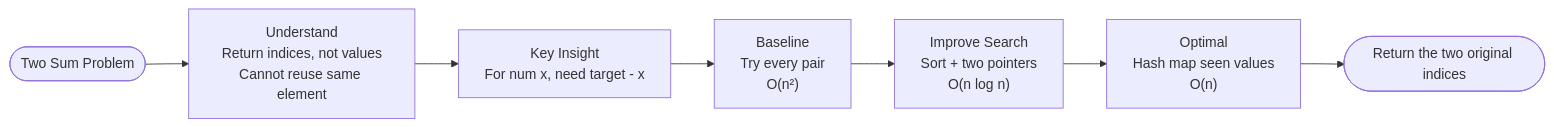
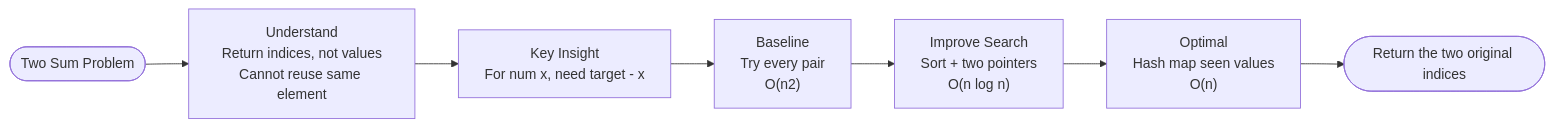
One commit to M-F-Tushar/LeetCode-Problem-Solving changed the second of 12 diagrams in 01 - Two Sum/README.md. Above: the diagram before and after it, drawn with Mermaid. The commit also changed other lines of this file and 6 other files, not shown here.

Commit message:
fix diagram rendering

````diff
--- a/01 - Two Sum/README.md
+++ b/01 - Two Sum/README.md
@@ -63,9 +63,9 @@
 ```mermaid
 flowchart LR
     START(["Two Sum Problem"]) --> U["Understand\nReturn indices, not values\nCannot reuse same element"]
     U --> I["Key Insight\nFor num x, need target - x"]
-    I --> B["Baseline\nTry every pair\nO(n²)"]
+    I --> B["Baseline\nTry every pair\nO(n2)"]
     B --> M["Improve Search\nSort + two pointers\nO(n log n)"]
     M --> O["Optimal\nHash map seen values\nO(n)"]
     O --> DONE(["Return the two original indices"])
 ```
````
